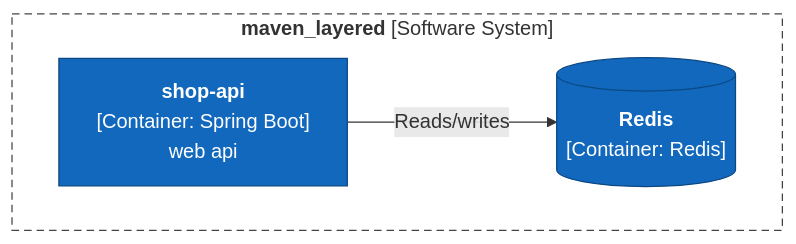
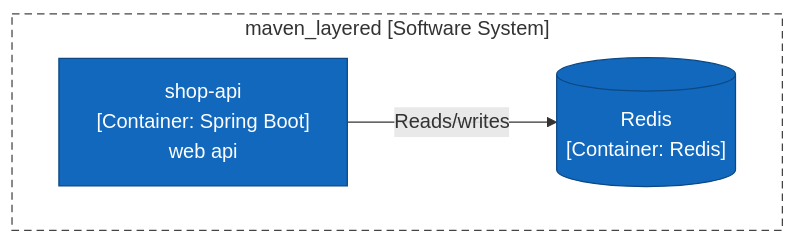
Before and after one commit to ythalorossy/architecture-skills: the first of 4 diagrams in tests/golden/maven_layered/output/ArchitectureReport.md, drawn with Mermaid. The commit also changed other lines of this file and 51 other files, not shown here.

First line of the commit message:
fix(render): plain diagram labels keep the characters in code names

````diff
--- a/tests/golden/maven_layered/output/ArchitectureReport.md
+++ b/tests/golden/maven_layered/output/ArchitectureReport.md
@@ -27,19 +27,16 @@
 ```mermaid
 flowchart TB
-    subgraph boundary["`**maven_layered** [Software System]`"]
-        shop_api["`**shop-api**
-[Container: Spring Boot]
-web api`"]
-        db_redis[("`**Redis**
-[Container: Redis]`")]
+    subgraph boundary["maven_layered [Software System]"]
+        shop_api["shop-api<br/>[Container: Spring Boot]<br/>web api"]
+        db_redis[("Redis<br/>[Container: Redis]")]
     end
-    shop_api -->|"`Reads/writes`"| db_redis
+    shop_api -->|"Reads/writes"| db_redis
     classDef person fill:#08427b,stroke:#052e56,color:#ffffff
     classDef container fill:#1168bd,stroke:#0b4884,color:#ffffff
     classDef system fill:#1168bd,stroke:#0b4884,color:#ffffff
     classDef component fill:#85bbf0,stroke:#5d82a8,color:#000000
     classDef external fill:#999999,stroke:#6b6b6b,color:#ffffff
     classDef shared fill:#dbe9f6,stroke:#5d82a8,color:#000000,stroke-dasharray:4 3
     class shop_api,db_redis container
     style boundary fill:none,stroke:#444444,stroke-dasharray:6 4
 ```
````
